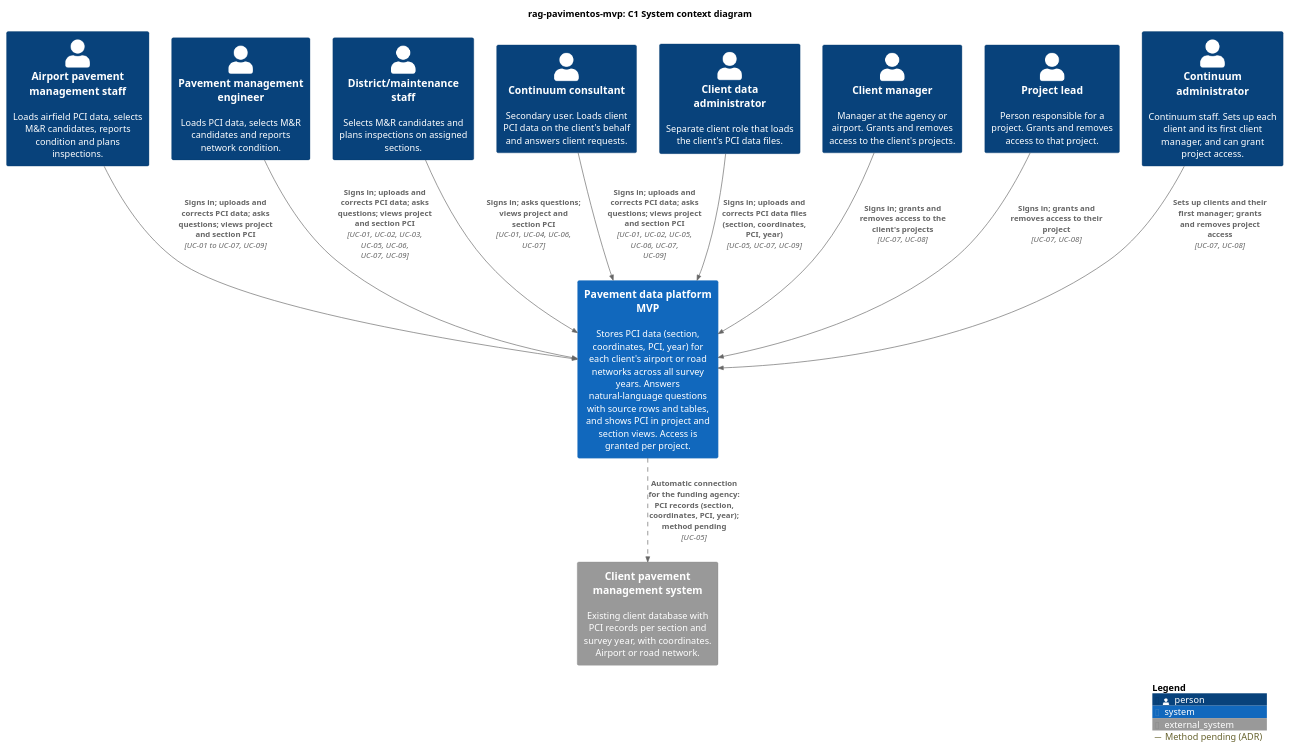
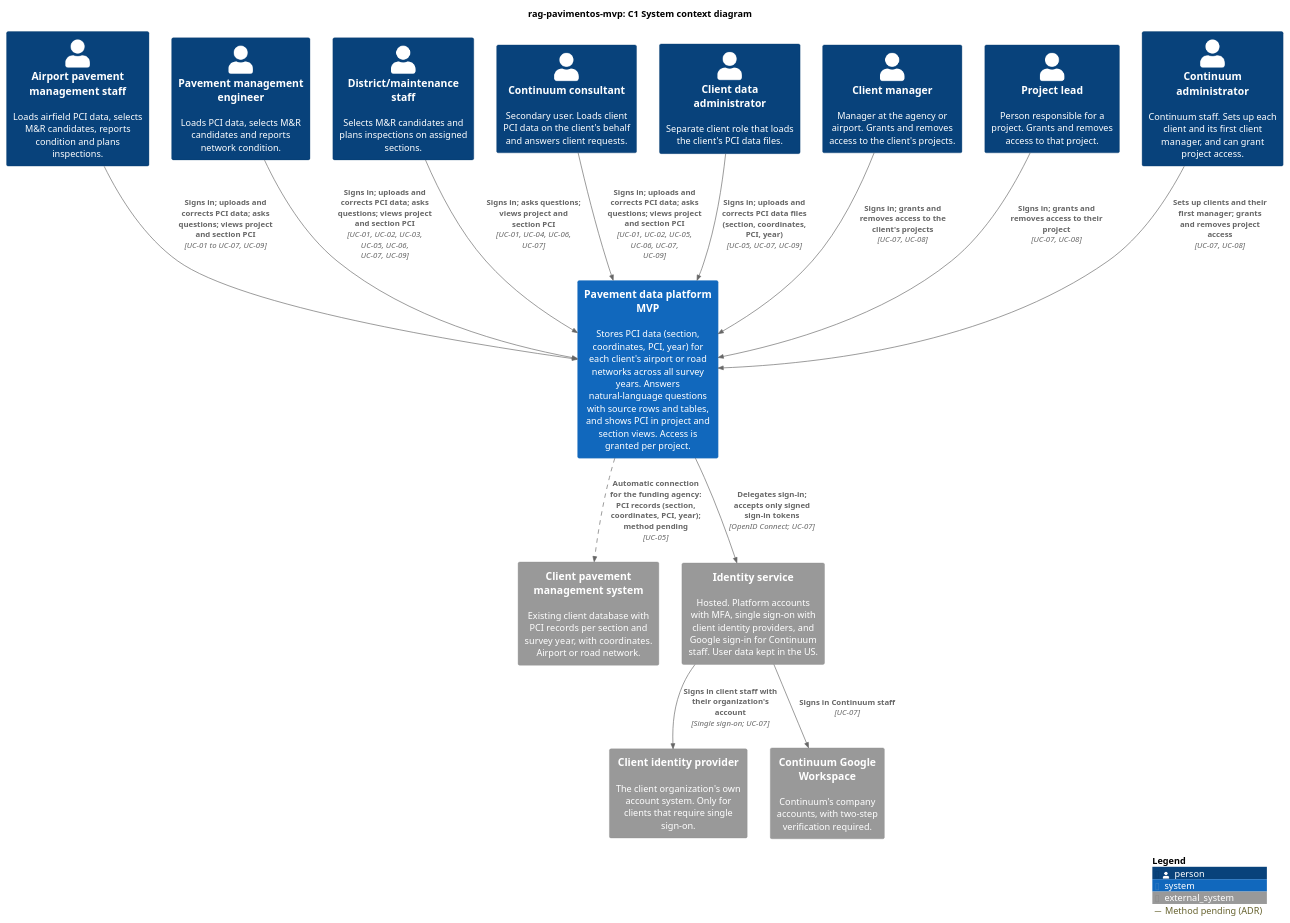
Before and after one commit to SAndrade2209/rag-pavimentos-mvp: the diagram in docs/architecture/c4/c1-context.puml, drawn with PlantUML. The commit also changed 4 other files, not shown here.

First line of the commit message:
Accept ADR: delegate sign-in to an identity service

```diff
--- a/docs/architecture/c4/c1-context.puml
+++ b/docs/architecture/c4/c1-context.puml
@@ -1,49 +1,57 @@
 @startuml c1-context
 !include https://raw.githubusercontent.com/plantuml-stdlib/C4-PlantUML/master/C4_Context.puml
 
 title rag-pavimentos-mvp: C1 System context diagram
 
 AddRelTag("pending", $lineStyle=DashedLine(), $legendText="Method pending (ADR)")
 
 ' Actors and the use cases each one performs (docs/use-cases/).
 ' Every person signs in (UC-07). Load, correct and delete, and manage access
 ' depend on per-project permissions granted in UC-08.
 ' UC-06 actors are an [assumption] (see uc-06-view-pci-in-project.md).
 ' UC-09 is shown for users who load data [assumption]; any user can receive
 ' the Correct and delete permission.
 Person(airport_staff, "Airport pavement management staff", "Loads airfield PCI data, selects M&R candidates, reports condition and plans inspections.")
 Person(pm_engineer, "Pavement management engineer", "Loads PCI data, selects M&R candidates and reports network condition.")
 Person(district_staff, "District/maintenance staff", "Selects M&R candidates and plans inspections on assigned sections.")
 Person(consultant, "Continuum consultant", "Secondary user. Loads client PCI data on the client's behalf and answers client requests.")
 
 ' Separate client role confirmed. The role name is a placeholder.
 Person(data_admin, "Client data administrator", "Separate client role that loads the client's PCI data files.")
 
 ' Access management roles. The scope of each is an [assumption] (see uc-08-manage-project-access.md).
 Person(client_manager, "Client manager", "Manager at the agency or airport. Grants and removes access to the client's projects.")
 Person(project_lead, "Project lead", "Person responsible for a project. Grants and removes access to that project.")
 Person(continuum_admin, "Continuum administrator", "Continuum staff. Sets up each client and its first client manager, and can grant project access.")
 
 System(platform, "Pavement data platform MVP", "Stores PCI data (section, coordinates, PCI, year) for each client's airport or road networks across all survey years. Answers natural-language questions with source rows and tables, and shows PCI in project and section views. Access is granted per project.")
 
 ' External system. PCI data reach the MVP in two ways (ADR 2026-11-23-load-pci-data-by-upload-and-connection):
 ' people upload CSV or Excel files, and, for the funding agency only, an automatic connection to this system.
 ' The connection method, and so the direction of the arrow, is decided in a later ADR.
-' Sign-in method not decided (UC-07): an identity provider is not shown until it is.
 System_Ext(pms, "Client pavement management system", "Existing client database with PCI records per section and survey year, with coordinates. Airport or road network.")
 
 Rel(airport_staff, platform, "Signs in; uploads and corrects PCI data; asks questions; views project and section PCI", "UC-01 to UC-07, UC-09")
 Rel(pm_engineer, platform, "Signs in; uploads and corrects PCI data; asks questions; views project and section PCI", "UC-01, UC-02, UC-03, UC-05, UC-06, UC-07, UC-09")
 Rel(district_staff, platform, "Signs in; asks questions; views project and section PCI", "UC-01, UC-04, UC-06, UC-07")
 Rel(consultant, platform, "Signs in; uploads and corrects PCI data; asks questions; views project and section PCI", "UC-01, UC-02, UC-05, UC-06, UC-07, UC-09")
 
 Rel(data_admin, platform, "Signs in; uploads and corrects PCI data files (section, coordinates, PCI, year)", "UC-05, UC-07, UC-09")
 
 Rel(client_manager, platform, "Signs in; grants and removes access to the client's projects", "UC-07, UC-08")
 Rel(project_lead, platform, "Signs in; grants and removes access to their project", "UC-07, UC-08")
 Rel(continuum_admin, platform, "Sets up clients and their first manager; grants and removes project access", "UC-07, UC-08")
 
 Rel(platform, pms, "Automatic connection for the funding agency: PCI records (section, coordinates, PCI, year); method pending", "UC-05", $tags="pending")
 
+' Sign-in (ADR 2026-11-23-delegate-sign-in-to-an-identity-service). Hosted identity service in the MVP.
+System_Ext(idp, "Identity service", "Hosted. Platform accounts with MFA, single sign-on with client identity providers, and Google sign-in for Continuum staff. User data kept in the US.")
+System_Ext(client_idp, "Client identity provider", "The client organization's own account system. Only for clients that require single sign-on.")
+System_Ext(google, "Continuum Google Workspace", "Continuum's company accounts, with two-step verification required.")
+
+Rel(platform, idp, "Delegates sign-in; accepts only signed sign-in tokens", "OpenID Connect; UC-07")
+Rel(idp, client_idp, "Signs in client staff with their organization's account", "Single sign-on; UC-07")
+Rel(idp, google, "Signs in Continuum staff", "UC-07")
+
 SHOW_LEGEND()
 @enduml
```
